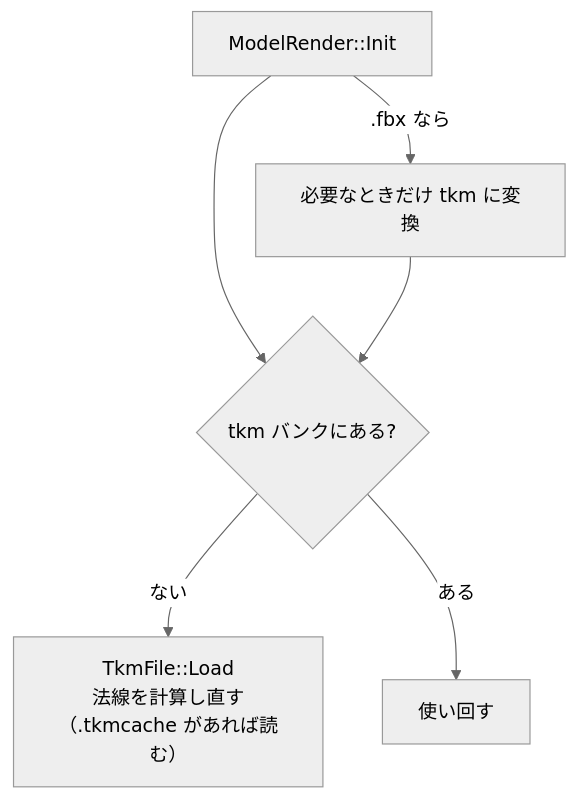
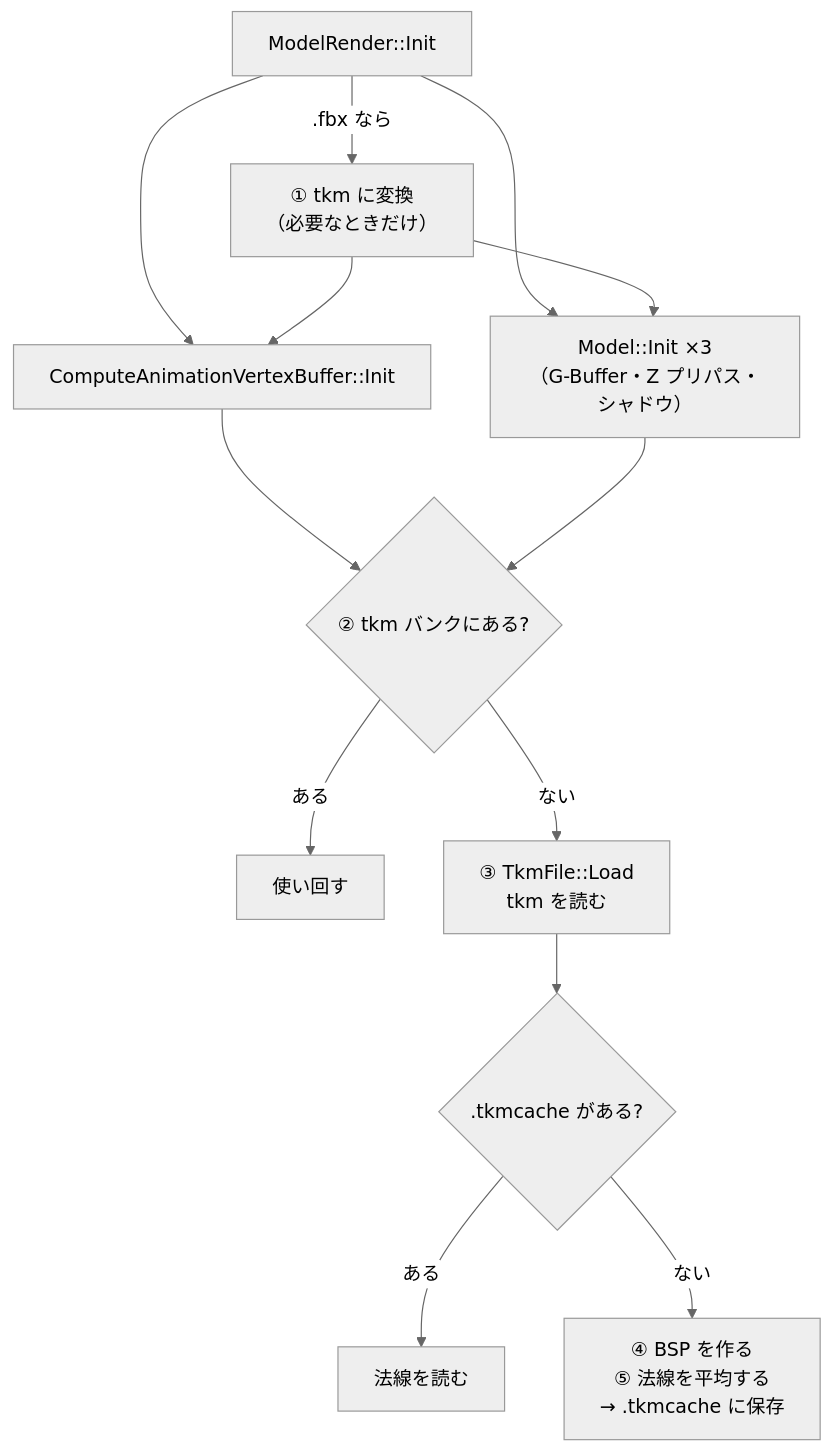
Before and after one commit to hirota-ryuki/Action: the diagram in Action/docs/エンジン/モデル読み込み/モデル読み込みの設計.md, drawn with Mermaid (neutral theme). The commit also changed other lines of this file and 60 other files, not shown here.

````diff
--- a/Action/docs/エンジン/モデル読み込み/モデル読み込みの設計.md
+++ b/Action/docs/エンジン/モデル読み込み/モデル読み込みの設計.md
@@ -24,8 +46,15 @@
 ```mermaid
 flowchart TD
-    I["ModelRender::Init"] -->|.fbx なら| C[必要なときだけ tkm に変換]
-    I --> B{tkm バンクにある?}
-    C --> B
-    B -->|ない| L["TkmFile::Load<br/>法線を計算し直す<br/>（.tkmcache があれば読む）"]
+    I["ModelRender::Init"] -->|.fbx なら| C["① tkm に変換<br/>（必要なときだけ）"]
+    I --> CAV["ComputeAnimationVertexBuffer::Init"]
+    I --> M["Model::Init ×3<br/>（G-Buffer・Z プリパス・シャドウ）"]
+    C --> CAV
+    C --> M
+    CAV --> B{"② tkm バンクにある?"}
+    M --> B
     B -->|ある| D[使い回す]
+    B -->|ない| L["③ TkmFile::Load<br/>tkm を読む"]
+    L --> K{".tkmcache がある?"}
+    K -->|ある| R[法線を読む]
+    K -->|ない| S["④ BSP を作る<br/>⑤ 法線を平均する<br/>→ .tkmcache に保存"]
 ```
````
